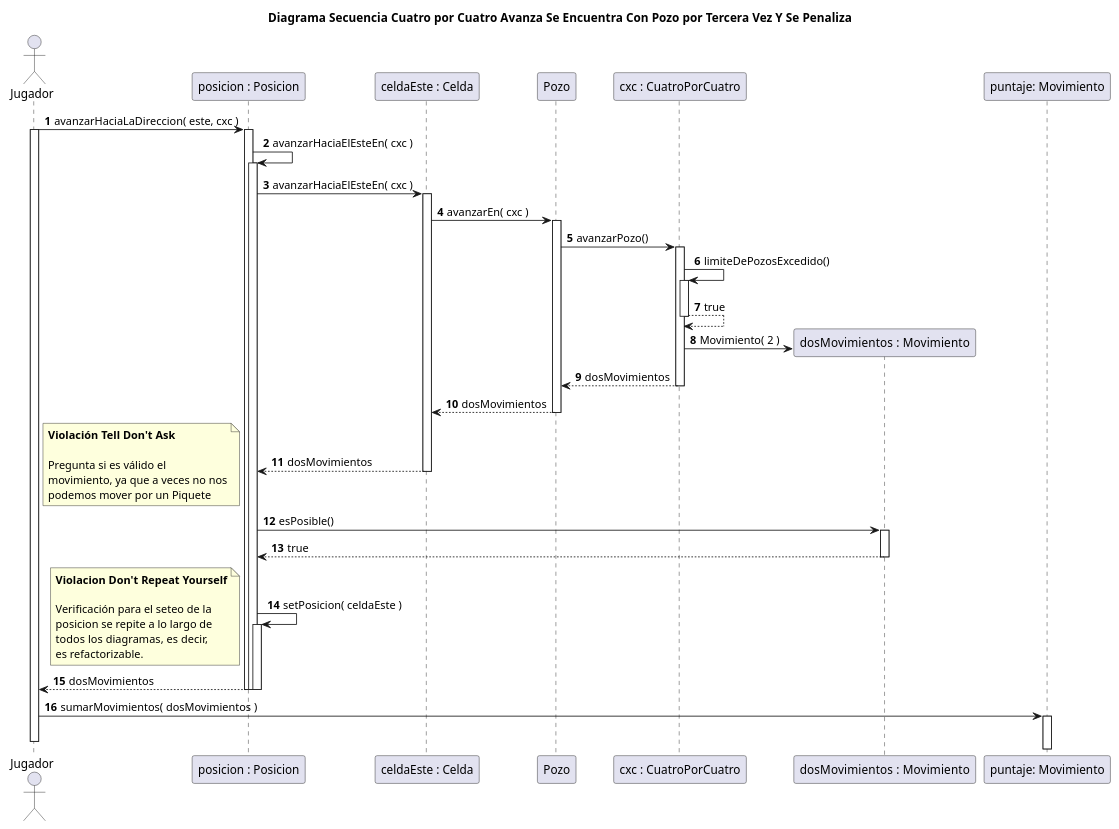
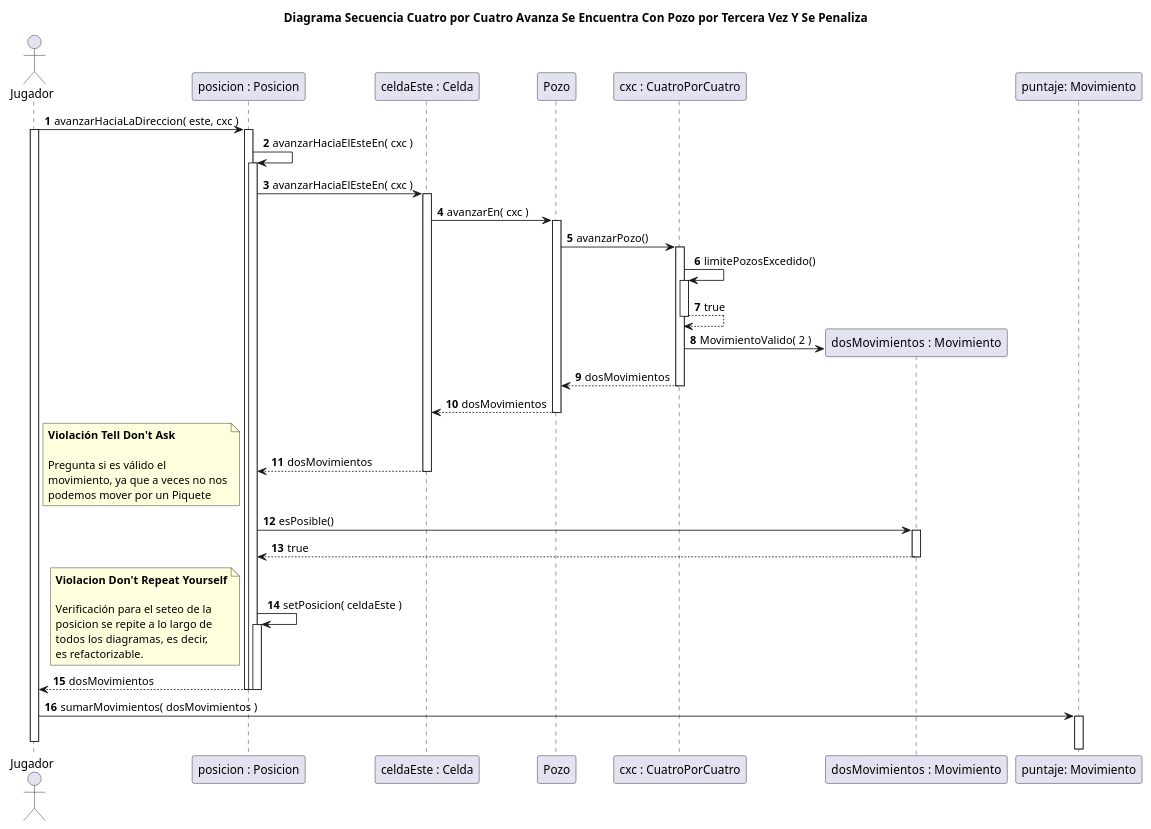
The diagram in diagrams/borradores/DiagramaSecuenciaCasoConPozo3VecesEnCuatroPorCuatro.puml (rodrigovzq/algo3_tp2), drawn with PlantUML before and after one commit. The commit also changed 6 other files, not shown here.

Commit message:
Actualizacion de los diagramas

```diff
--- a/diagrams/borradores/DiagramaSecuenciaCasoConPozo3VecesEnCuatroPorCuatro.puml
+++ b/diagrams/borradores/DiagramaSecuenciaCasoConPozo3VecesEnCuatroPorCuatro.puml
@@ -1,56 +1,56 @@
 @startuml
 title Diagrama Secuencia Cuatro por Cuatro Avanza Se Encuentra Con Pozo por Tercera Vez Y Se Penaliza
 
 autonumber
 
 actor Jugador
 
 Jugador -> "posicion : Posicion"++: avanzarHaciaLaDireccion( este, cxc )
 
 activate Jugador
 "posicion : Posicion" -> "posicion : Posicion"++: avanzarHaciaElEsteEn( cxc )
 "posicion : Posicion" -> "celdaEste : Celda"++: avanzarHaciaElEsteEn( cxc )
 
 "celdaEste : Celda" -> Pozo++: avanzarEn( cxc )
 Pozo -> "cxc : CuatroPorCuatro"++: avanzarPozo()
-"cxc : CuatroPorCuatro" -> "cxc : CuatroPorCuatro"++: limiteDePozosExcedido()
+"cxc : CuatroPorCuatro" -> "cxc : CuatroPorCuatro"++: limitePozosExcedido()
 "cxc : CuatroPorCuatro" --> "cxc : CuatroPorCuatro"--: true
 create "dosMovimientos  : Movimiento"
-"cxc : CuatroPorCuatro" -> "dosMovimientos  : Movimiento": Movimiento( 2 )
+"cxc : CuatroPorCuatro" -> "dosMovimientos  : Movimiento": MovimientoValido( 2 )
 "cxc : CuatroPorCuatro" --> Pozo: dosMovimientos
 deactivate "cxc : CuatroPorCuatro"
 Pozo --> "celdaEste : Celda": dosMovimientos
 deactivate Pozo
 "celdaEste : Celda" --> "posicion : Posicion": dosMovimientos
 deactivate "celdaEste : Celda"
 
 note left
 **Violación Tell Don't Ask**
 
 Pregunta si es válido el
 movimiento, ya que a veces no nos
 podemos mover por un Piquete
 end note
 
 "dosMovimientos  : Movimiento" <- "posicion : Posicion"++: esPosible()
 "dosMovimientos  : Movimiento" --> "posicion : Posicion": true
 deactivate "dosMovimientos  : Movimiento"
 
 "posicion : Posicion" -> "posicion : Posicion"++: setPosicion( celdaEste )
 
 note left
 **Violacion Don't Repeat Yourself**
 
 Verificación para el seteo de la
 posicion se repite a lo largo de
 todos los diagramas, es decir,
 es refactorizable.
 end note
 
 "posicion : Posicion" --> Jugador--: dosMovimientos
 deactivate "posicion : Posicion"
 deactivate "posicion : Posicion"
 Jugador -> "puntaje: Movimiento"++: sumarMovimientos( dosMovimientos )
 
 deactivate Jugador
 @enduml
```
